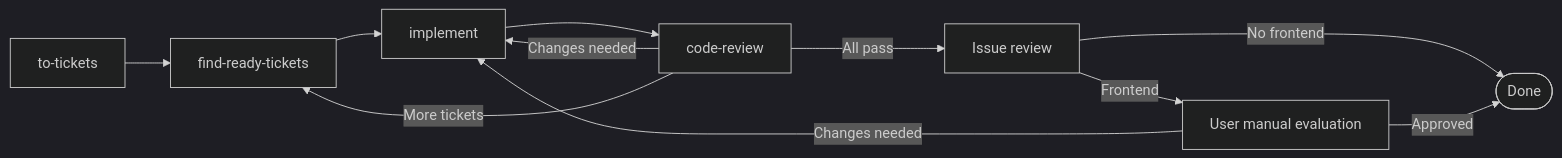
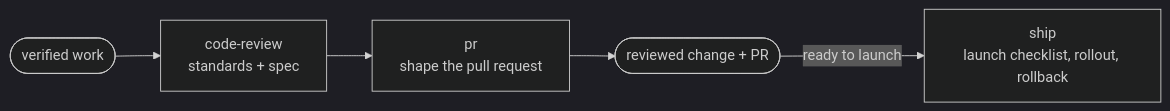
One commit to NickDabizaz/skills changed the fifth of 5 diagrams in README.md. Above: the diagram before and after it, drawn with Mermaid (dark theme). The commit also changed other lines of this file and 249 other files, not shown here.

````diff
--- a/README.md
+++ b/README.md
@@ -63,12 +122,7 @@
 ```mermaid
 flowchart LR
-    T["to-tickets"] --> F["find-ready-tickets"] --> I["implement"]
-    I --> R["code-review"]
-    R -->|Changes needed| I
-    R -->|More tickets| F
-    R -->|All pass| A["Issue review"]
-    A -->|Frontend| M["User manual evaluation"]
-    A -->|No frontend| D(["Done"])
-    M -->|Approved| D
-    M -->|Changes needed| I
+  W(["verified work"]) --> R["code-review<br/>standards + spec"]
+  R --> P["pr<br/>shape the pull request"]
+  P --> C(["reviewed change + PR"])
+  C -->|ready to launch| S["ship<br/>launch checklist, rollout, rollback"]
 ```
````
